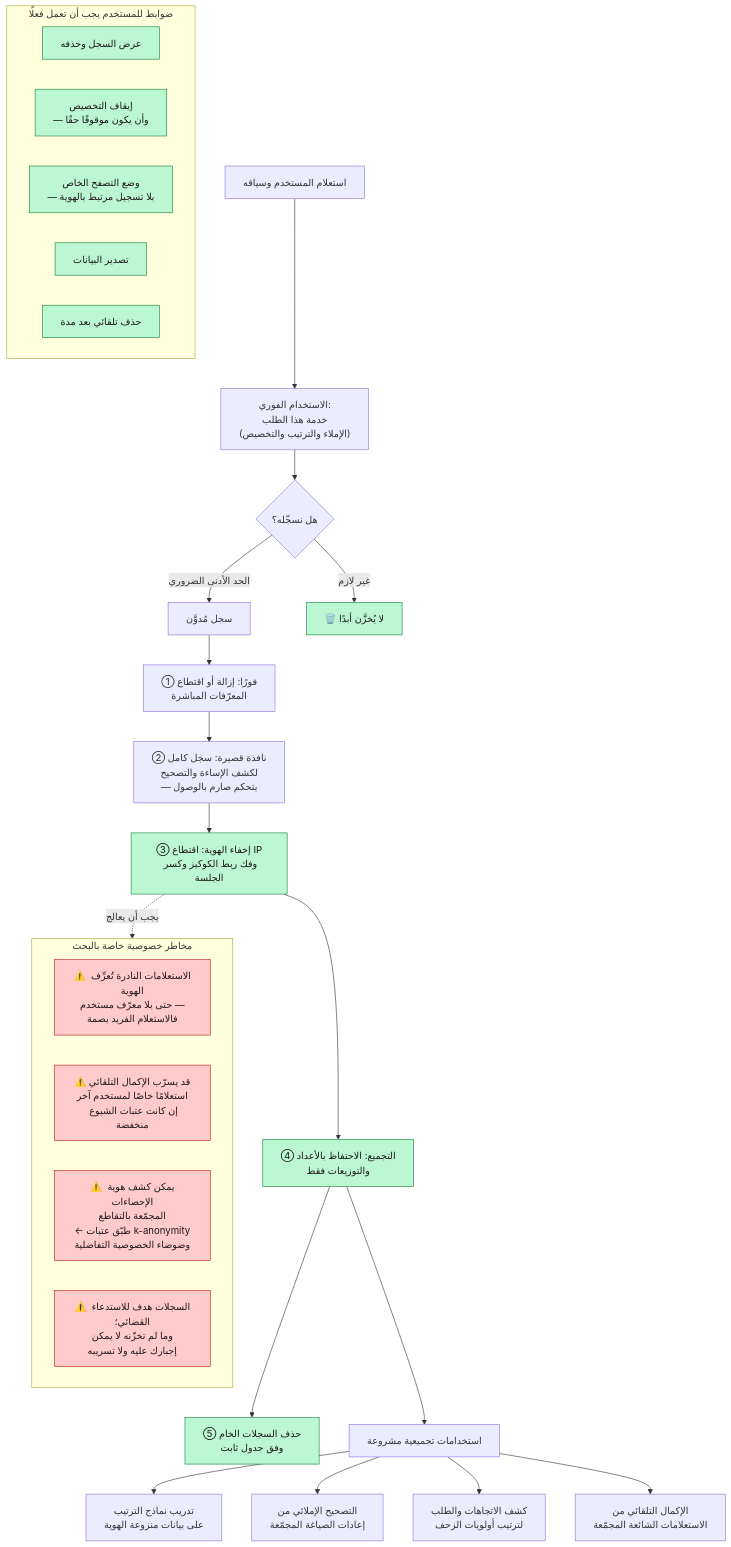
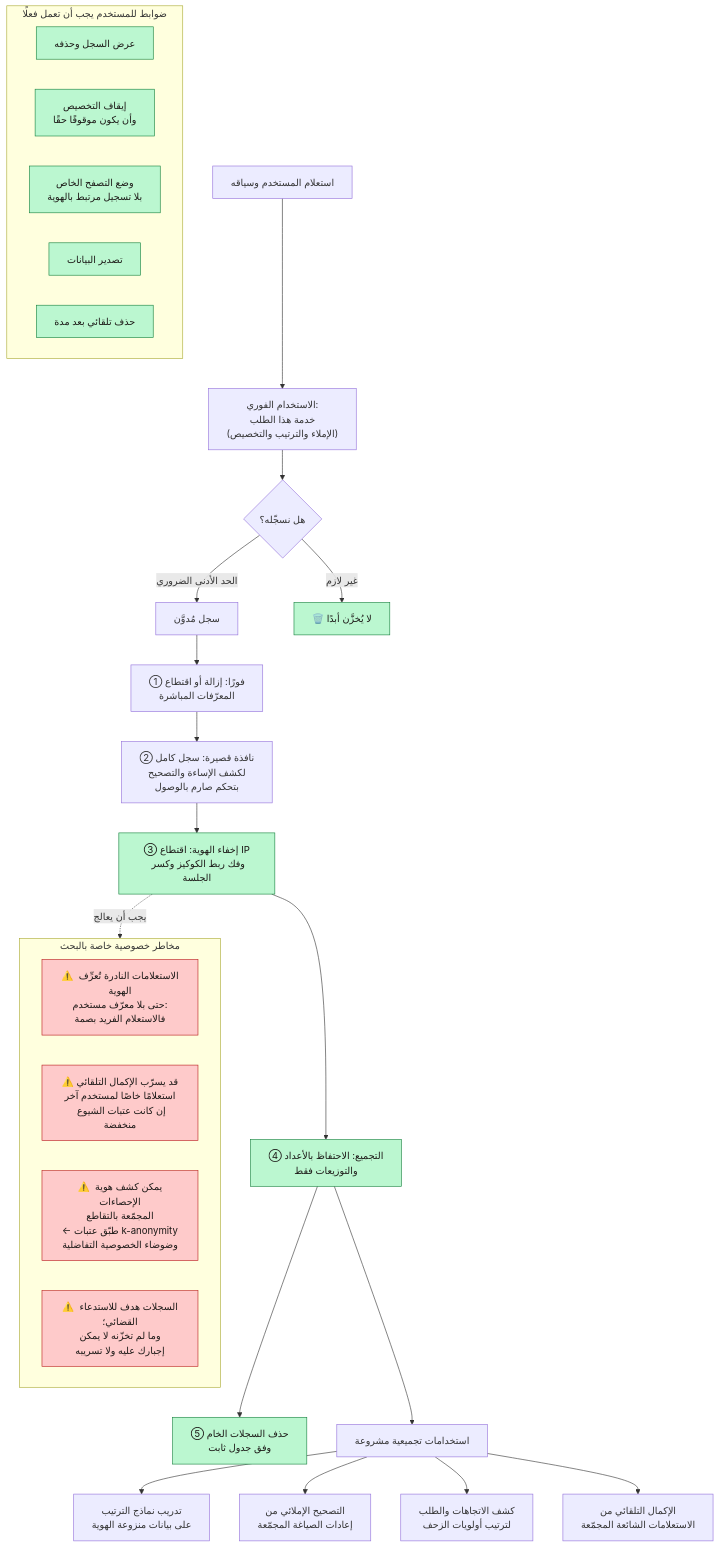
Before and after one commit to ahmedselimmansor-ctrl/google-search-system-design: the fourth of 4 diagrams in docs/ar/14-security-abuse.md, drawn with Mermaid. The commit also changed other lines of this file and 89 other files, not shown here.

````diff
--- a/docs/ar/14-security-abuse.md
+++ b/docs/ar/14-security-abuse.md
@@ -221,42 +221,42 @@
 ```mermaid
 flowchart TB
     Q["استعلام المستخدم وسياقه"] --> USE1["الاستخدام الفوري:<br/>خدمة هذا الطلب<br/>(الإملاء والترتيب والتخصيص)"]
 
     USE1 --> LOG{"هل نسجّله؟"}
     LOG -->|"الحد الأدنى الضروري"| L1["سجل مُدوَّن"]
     LOG -->|"غير لازم"| DROP["🗑️ لا يُخزَّن أبدًا"]
 
     L1 --> P1["① فورًا: إزالة أو اقتطاع<br/>المعرّفات المباشرة"]
-    P1 --> P2["② نافذة قصيرة: سجل كامل<br/>لكشف الإساءة والتصحيح<br/>— بتحكم صارم بالوصول"]
+    P1 --> P2["② نافذة قصيرة: سجل كامل<br/>لكشف الإساءة والتصحيح<br/>بتحكم صارم بالوصول"]
     P2 --> P3["③ إخفاء الهوية: اقتطاع IP<br/>وفك ربط الكوكيز وكسر الجلسة"]
     P3 --> P4["④ التجميع: الاحتفاظ بالأعداد<br/>والتوزيعات فقط"]
     P4 --> P5["⑤ حذف السجلات الخام<br/>وفق جدول ثابت"]
 
     P4 --> USES["استخدامات تجميعية مشروعة"]
     USES --> U1["تدريب نماذج الترتيب<br/>على بيانات منزوعة الهوية"]
     USES --> U2["التصحيح الإملائي من<br/>إعادات الصياغة المجمّعة"]
     USES --> U3["كشف الاتجاهات والطلب<br/>لترتيب أولويات الزحف"]
     USES --> U4["الإكمال التلقائي من<br/>الاستعلامات الشائعة المجمّعة"]
 
     subgraph CONTROLS["ضوابط للمستخدم يجب أن تعمل فعلًا"]
         UC1["عرض السجل وحذفه"]
-        UC2["إيقاف التخصيص<br/>— وأن يكون موقوفًا حقًا"]
-        UC3["وضع التصفح الخاص<br/>— بلا تسجيل مرتبط بالهوية"]
+        UC2["إيقاف التخصيص<br/>وأن يكون موقوفًا حقًا"]
+        UC3["وضع التصفح الخاص<br/>بلا تسجيل مرتبط بالهوية"]
         UC4["تصدير البيانات"]
         UC5["حذف تلقائي بعد مدة"]
     end
 
     subgraph RISKS["مخاطر خصوصية خاصة بالبحث"]
-        R1["⚠️ الاستعلامات النادرة تُعرِّف الهوية<br/>حتى بلا معرّف مستخدم —<br/>فالاستعلام الفريد بصمة"]
+        R1["⚠️ الاستعلامات النادرة تُعرِّف الهوية<br/>حتى بلا معرّف مستخدم:<br/>فالاستعلام الفريد بصمة"]
         R2["⚠️ قد يسرّب الإكمال التلقائي<br/>استعلامًا خاصًا لمستخدم آخر<br/>إن كانت عتبات الشيوع منخفضة"]
         R3["⚠️ يمكن كشف هوية الإحصاءات<br/>المجمّعة بالتقاطع<br/>← طبّق عتبات k-anonymity<br/>وضوضاء الخصوصية التفاضلية"]
         R4["⚠️ السجلات هدف للاستدعاء القضائي؛<br/>وما لم تخزّنه لا يمكن<br/>إجبارك عليه ولا تسريبه"]
     end
 
     P3 -.يجب أن يعالج.-> RISKS
 
     classDef safe fill:#bbf7d0,stroke:#15803d,color:#1c1917
     classDef risk fill:#fecaca,stroke:#b91c1c,color:#1c1917
     class DROP,P3,P4,P5,UC1,UC2,UC3,UC4,UC5 safe
     class R1,R2,R3,R4 risk
 ```
````
